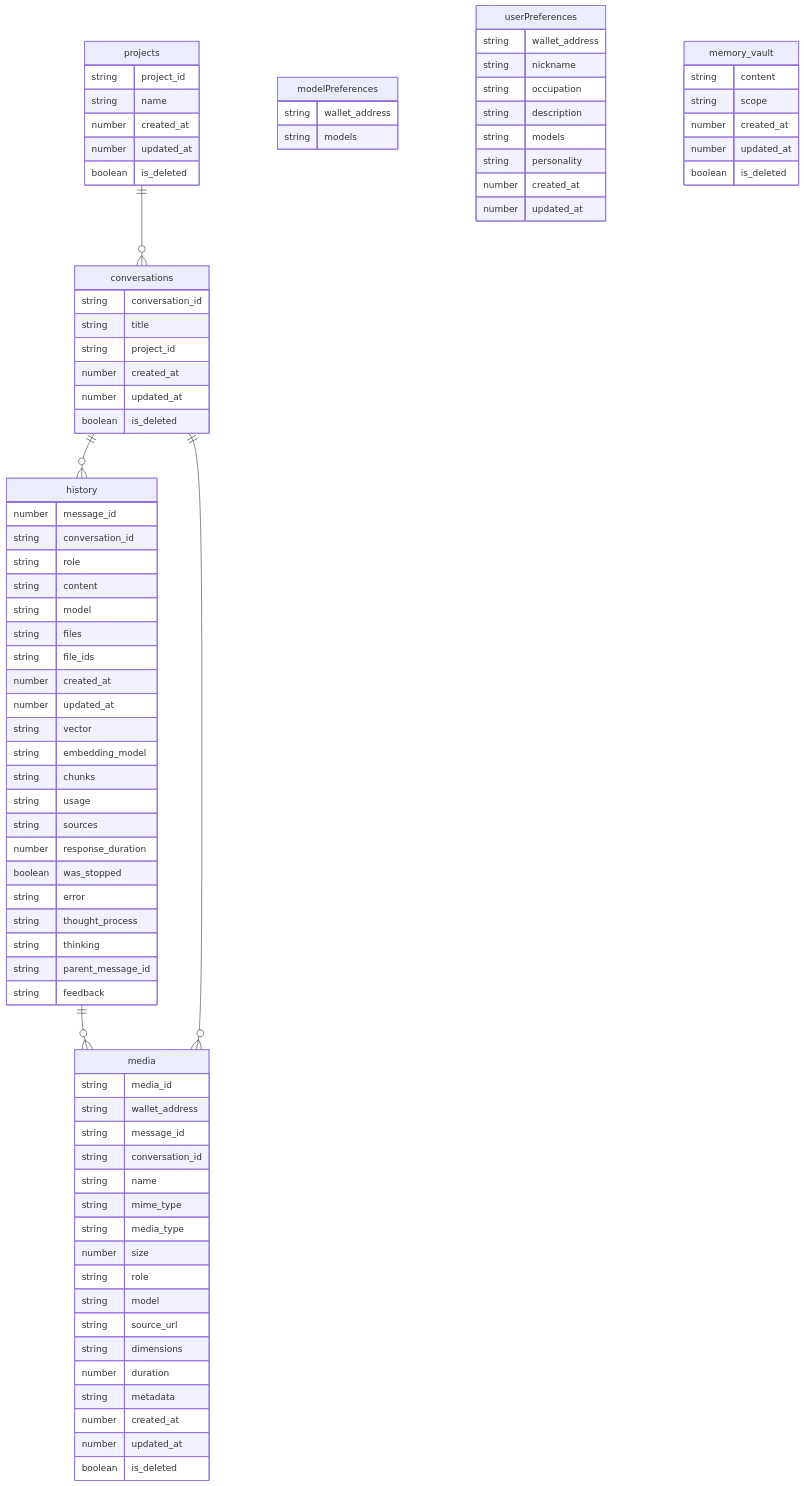
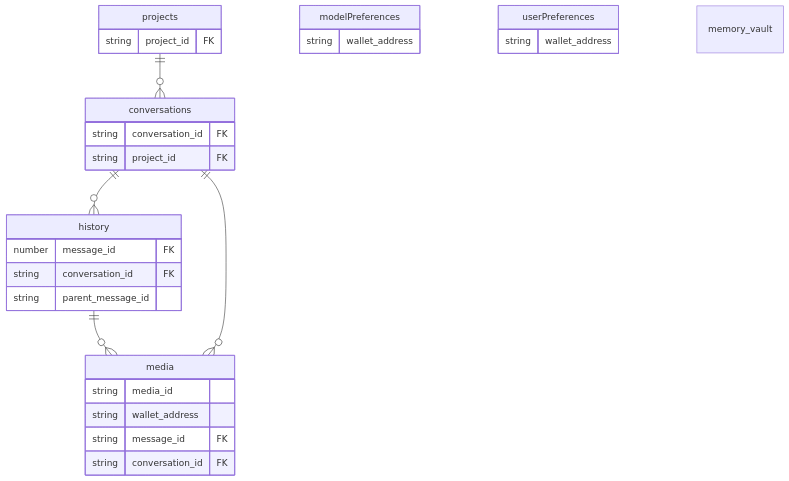
One commit to anuma-ai/sdk changed the diagram in docs/schema.md. Above: the diagram before and after it, drawn with Mermaid. The commit also changed 1 other file, not shown here.

Commit message:
docs: show only key columns in ER diagram
Full column details are in the tables below. The diagram now
only shows identifiers and foreign keys for a compact overview.

````diff
--- a/docs/schema.md
+++ b/docs/schema.md
@@ -5,82 +5,30 @@
 ```mermaid
 erDiagram
     history {
-        number message_id
-        string conversation_id
-        string role
-        string content
-        string model
-        string files
-        string file_ids
-        number created_at
-        number updated_at
-        string vector
-        string embedding_model
-        string chunks
-        string usage
-        string sources
-        number response_duration
-        boolean was_stopped
-        string error
-        string thought_process
-        string thinking
+        number message_id FK
+        string conversation_id FK
         string parent_message_id
-        string feedback
     }
     conversations {
-        string conversation_id
-        string title
-        string project_id
-        number created_at
-        number updated_at
-        boolean is_deleted
+        string conversation_id FK
+        string project_id FK
     }
     projects {
-        string project_id
-        string name
-        number created_at
-        number updated_at
-        boolean is_deleted
+        string project_id FK
     }
     modelPreferences {
         string wallet_address
-        string models
     }
     userPreferences {
         string wallet_address
-        string nickname
-        string occupation
-        string description
-        string models
-        string personality
-        number created_at
-        number updated_at
     }
     memory_vault {
-        string content
-        string scope
-        number created_at
-        number updated_at
-        boolean is_deleted
     }
     media {
         string media_id
         string wallet_address
-        string message_id
-        string conversation_id
-        string name
-        string mime_type
-        string media_type
-        number size
-        string role
-        string model
-        string source_url
-        string dimensions
-        number duration
-        string metadata
-        number created_at
-        number updated_at
-        boolean is_deleted
+        string message_id FK
+        string conversation_id FK
     }
     conversations ||--o{ history : ""
     history ||--o{ media : ""
````
